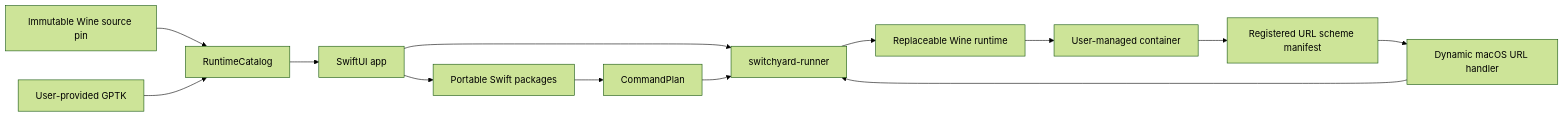
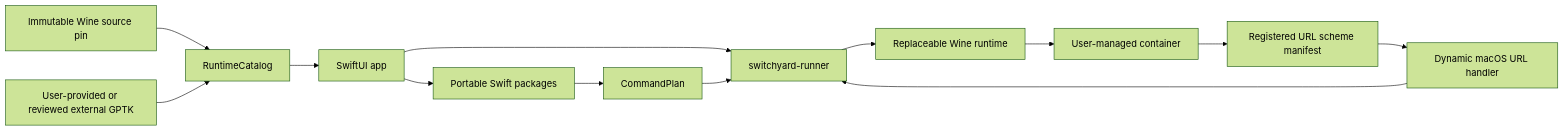
Before and after one commit to jungwuk-ryu/Switchyard: the diagram in docs/architecture.md, drawn with Mermaid (forest theme). The commit also changed other lines of this file and 8 other files, not shown here.

````diff
--- a/docs/architecture.md
+++ b/docs/architecture.md
@@ -5,15 +5,15 @@
 ```mermaid
 flowchart LR
     UI["SwiftUI app"] --> Packages["Portable Swift packages"]
     UI --> Runner["switchyard-runner"]
     Packages --> Plan["CommandPlan"]
     Plan --> Runner
     Pin["Immutable Wine source pin"] --> Catalog["RuntimeCatalog"]
     Catalog --> UI
-    GPTK["User-provided GPTK"] --> Catalog
+    GPTK["User-provided or reviewed external GPTK"] --> Catalog
     Runner --> Wine["Replaceable Wine runtime"]
     Wine --> Container["User-managed container"]
     Container --> Manifest["Registered URL scheme manifest"]
     Manifest --> Bridge["Dynamic macOS URL handler"]
     Bridge --> Runner
 ```
````
